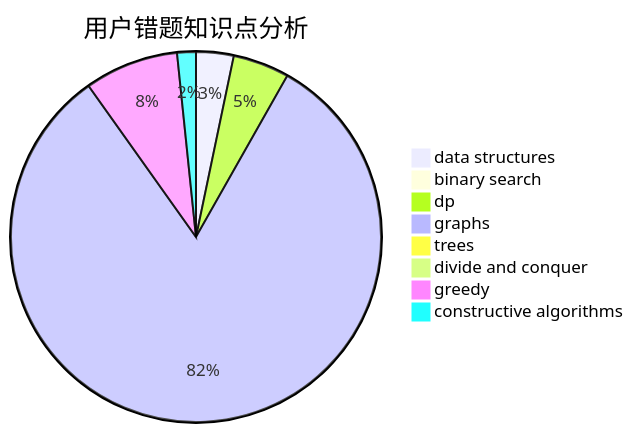
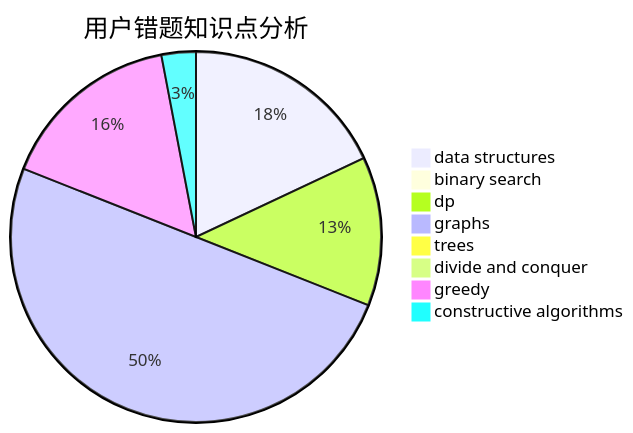
The third of 3 diagrams in docs/user/u1593.md (sherpahu/cfrs.github.io), drawn with Mermaid before and after one commit. The commit also changed other lines of this file and 2770 other files, not shown here.

````diff
--- a/docs/user/u1593.md
+++ b/docs/user/u1593.md
@@ -36,11 +36,11 @@
 ```mermaid
 pie title 用户错题知识点分析
-    "data structures" :  2
+    "data structures" :  18
     "binary search" :  0
-    "dp" :  3
+    "dp" :  13
     "graphs" :  50
     "trees" :  0
     "divide and conquer" :  0
-    "greedy" :  5
-    "constructive algorithms" :  1
+    "greedy" :  16
+    "constructive algorithms" :  3
 ```
````
